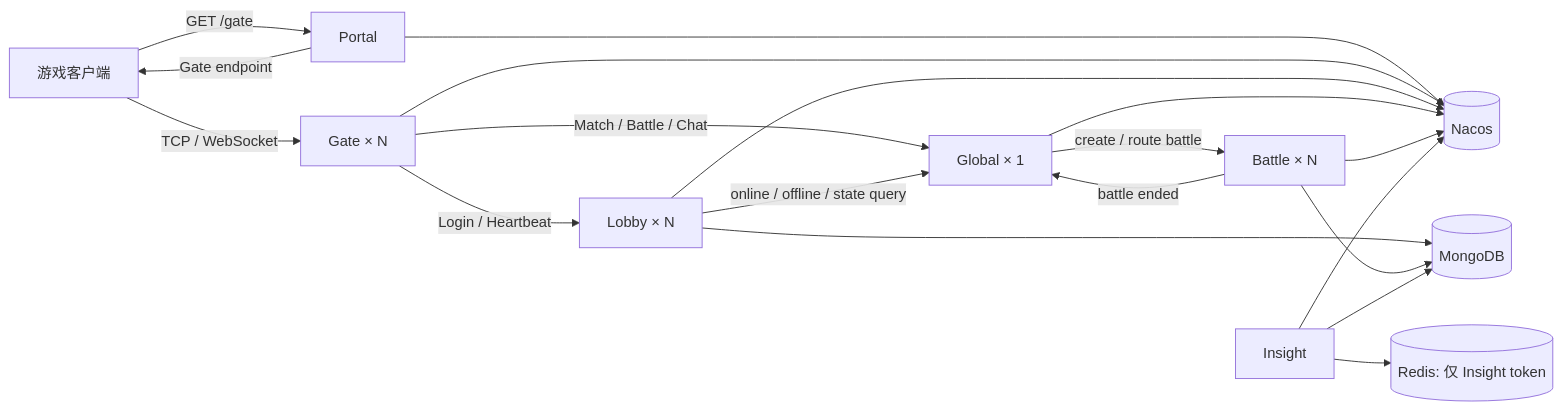
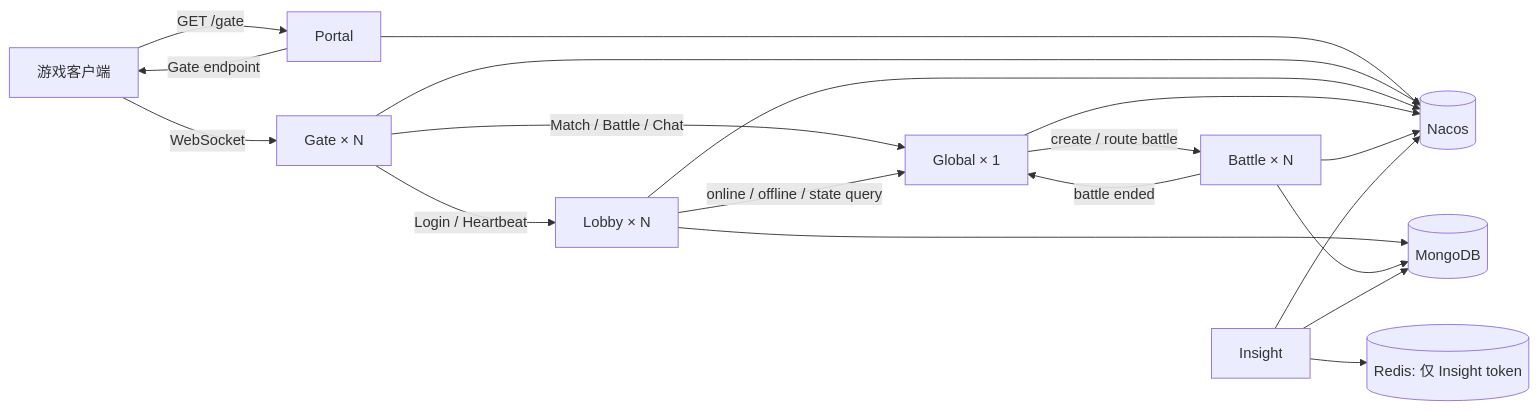
Before and after one commit to 132982jianan/JGameServer: the diagram in README.md, drawn with Mermaid. The commit also changed other lines of this file and 33 other files, not shown here.

````diff
--- a/README.md
+++ b/README.md
@@ -11,26 +11,26 @@
 ```mermaid
 flowchart LR
     Client[游戏客户端]
     Portal[Portal]
     Gate[Gate × N]
     Lobby[Lobby × N]
     Global[Global × 1]
     Battle[Battle × N]
     Insight[Insight]
     Nacos[(Nacos)]
     Mongo[(MongoDB)]
     Redis[(Redis: 仅 Insight token)]
 
     Client -- GET /gate --> Portal
     Portal -- Gate endpoint --> Client
-    Client -- TCP / WebSocket --> Gate
+    Client -- WebSocket --> Gate
     Gate -- Login / Heartbeat --> Lobby
     Gate -- Match / Battle / Chat --> Global
     Lobby -- online / offline / state query --> Global
     Global -- create / route battle --> Battle
     Battle -- battle ended --> Global
 
     Portal & Gate & Lobby & Global & Battle & Insight --> Nacos
     Lobby & Battle & Insight --> Mongo
     Insight --> Redis
 ```
````
